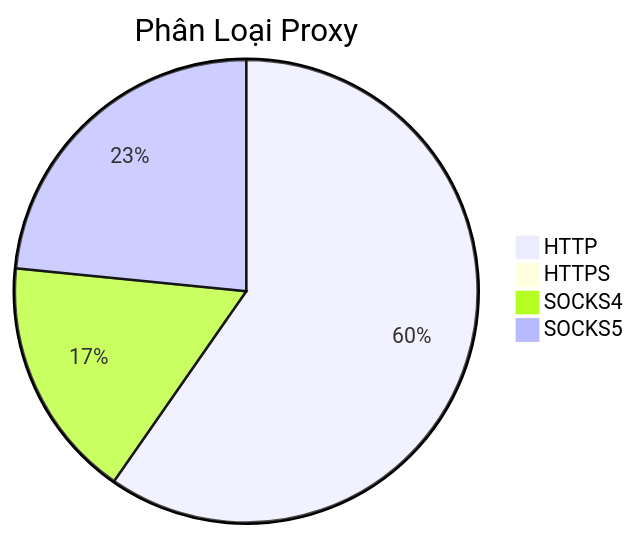
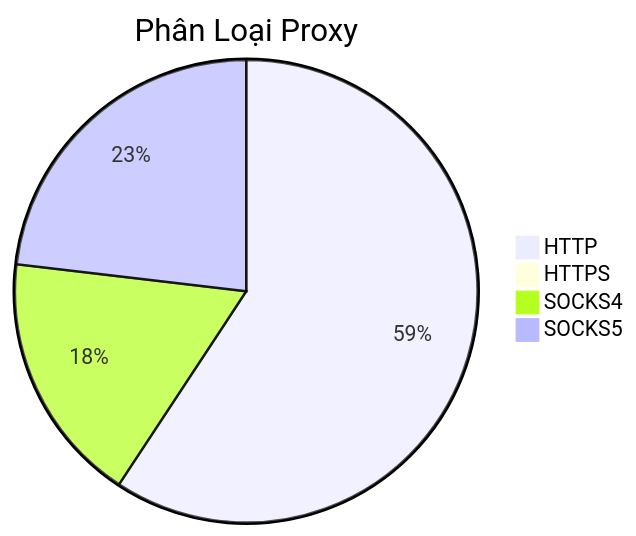
Before and after one commit to Ciara-12/PROXY-free: the diagram in README.md, drawn with Mermaid. The commit also changed other lines of this file and 4 other files, not shown here.

````diff
--- a/README.md
+++ b/README.md
@@ -26,7 +26,7 @@
 ```mermaid
 pie title Phân Loại Proxy
-    "HTTP" : 879
-    "HTTPS" : 1
-    "SOCKS4" : 249
-    "SOCKS5" : 345
+    "HTTP" : 812
+    "HTTPS" : 3
+    "SOCKS4" : 241
+    "SOCKS5" : 317
 ```
````
